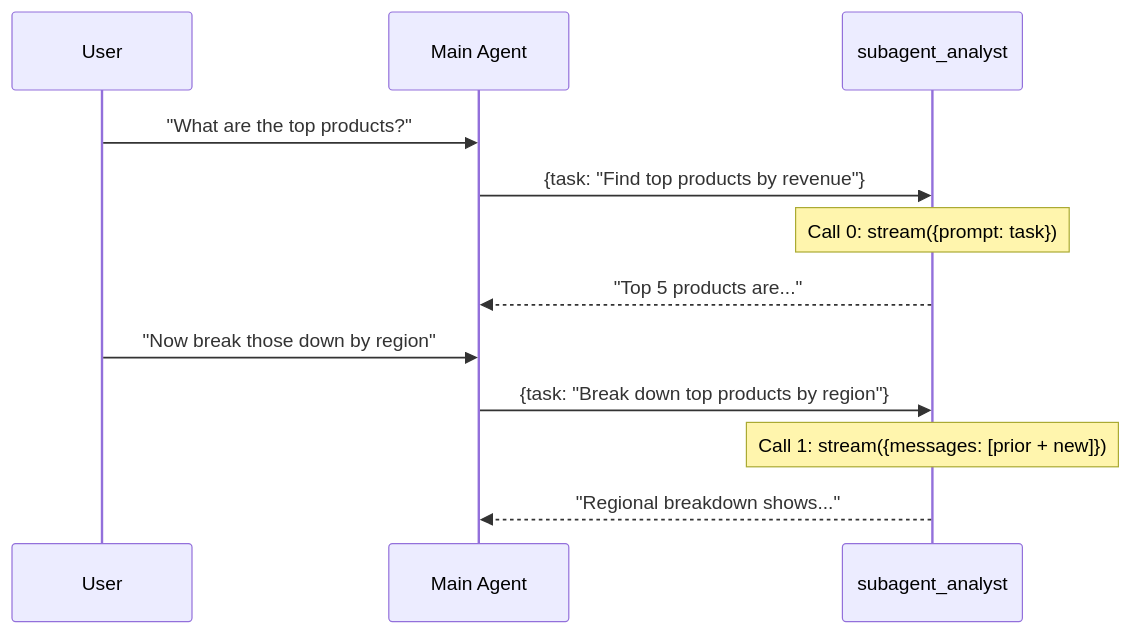
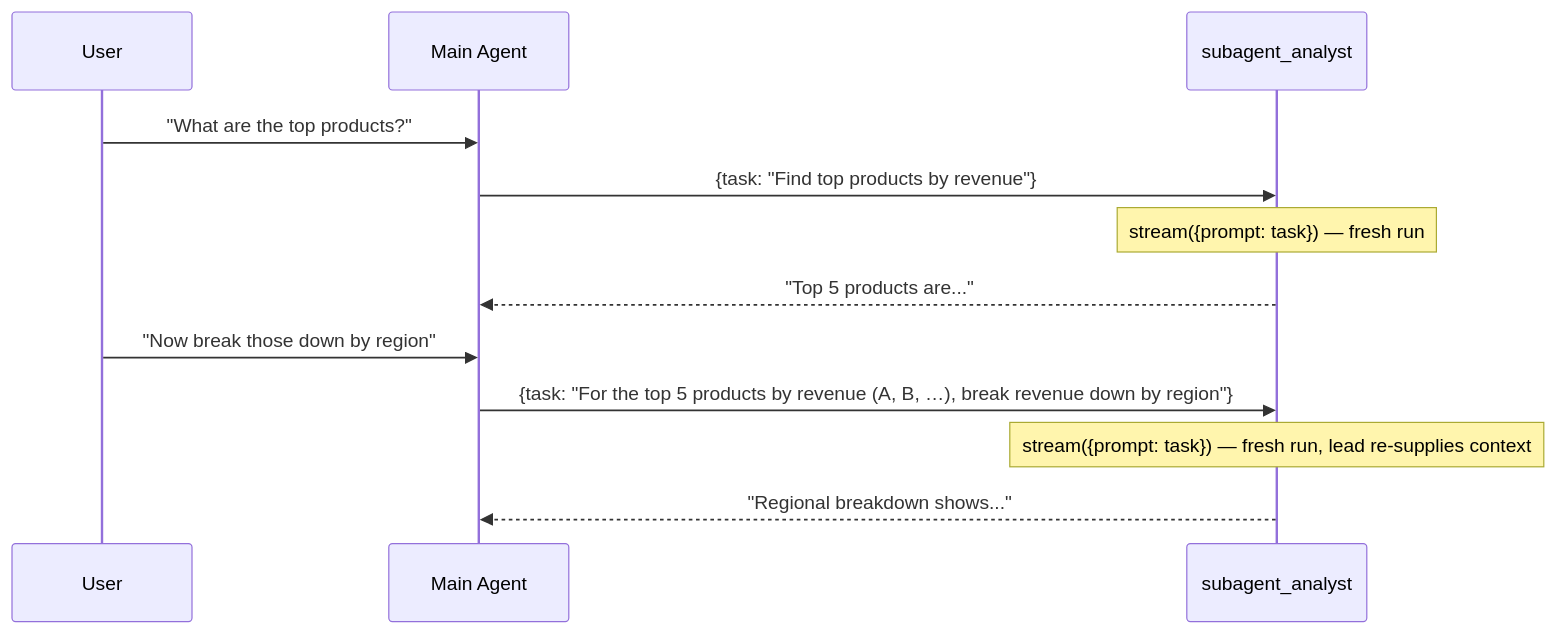
One commit to data-fair/agents changed the fourth of 4 diagrams in docs/architecture/sub-agents.md. Above: the diagram before and after it, drawn with Mermaid. The commit also changed other lines of this file and 25 other files, not shown here.

````diff
--- a/docs/architecture/sub-agents.md
+++ b/docs/architecture/sub-agents.md
@@ -163,16 +169,16 @@
 ```mermaid
 sequenceDiagram
   participant User
   participant Main as Main Agent
   participant SA as subagent_analyst
 
   User->>Main: "What are the top products?"
   Main->>SA: {task: "Find top products by revenue"}
-  Note over SA: Call 0: stream({prompt: task})
+  Note over SA: stream({prompt: task}) — fresh run
   SA-->>Main: "Top 5 products are..."
 
   User->>Main: "Now break those down by region"
-  Main->>SA: {task: "Break down top products by region"}
-  Note over SA: Call 1: stream({messages: [prior + new]})
+  Main->>SA: {task: "For the top 5 products by revenue (A, B, …), break revenue down by region"}
+  Note over SA: stream({prompt: task}) — fresh run, lead re-supplies context
   SA-->>Main: "Regional breakdown shows..."
 ```
````
